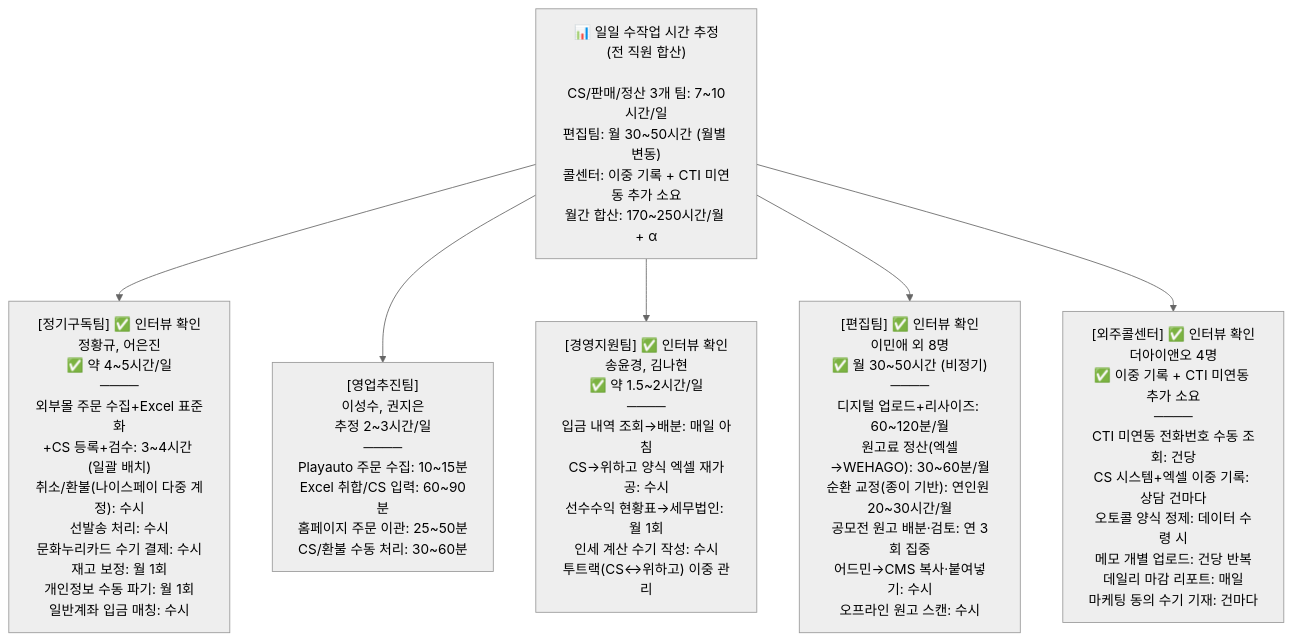
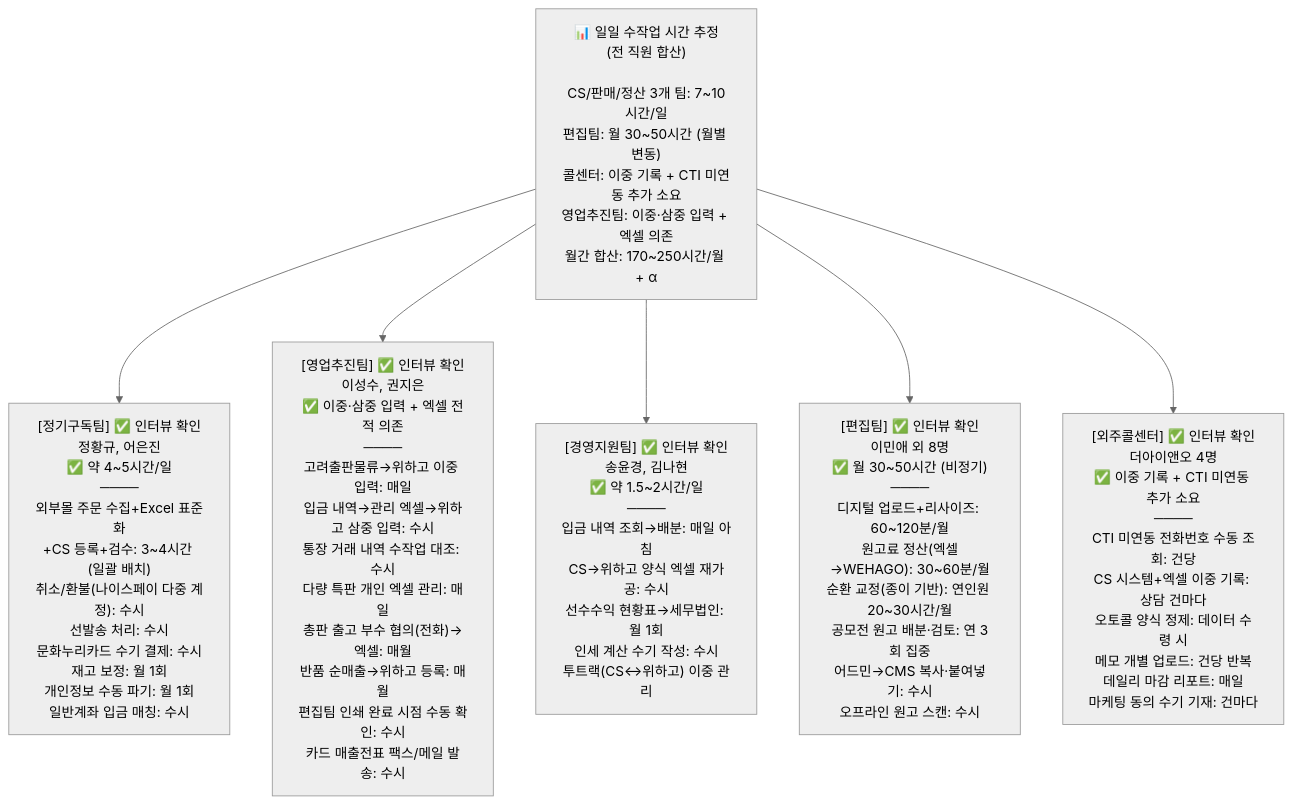
One commit to sknkwoxs/manual-book changed the tenth of 11 diagrams in src/content/docs/goodthinking-isp/02-analysis/business-analysis.md. Above: the diagram before and after it, drawn with Mermaid (neutral theme). The commit also changed other lines of this file and 5 other files, not shown here.

First line of the commit message:
docs(goodthinking-isp): 영업추진팀 인터뷰 결과 반영 — 6개 문서 업데이트

````diff
--- a/src/content/docs/goodthinking-isp/02-analysis/business-analysis.md
+++ b/src/content/docs/goodthinking-isp/02-analysis/business-analysis.md
@@ -333,20 +358,20 @@
 ```mermaid
 graph TD
-    root["📊 일일 수작업 시간 추정<br/>(전 직원 합산)<br/><br/>CS/판매/정산 3개 팀: 7~10시간/일<br/>편집팀: 월 30~50시간 (월별 변동)<br/>콜센터: 이중 기록 + CTI 미연동 추가 소요<br/>월간 합산: 170~250시간/월 + α"]
+    root["📊 일일 수작업 시간 추정<br/>(전 직원 합산)<br/><br/>CS/판매/정산 3개 팀: 7~10시간/일<br/>편집팀: 월 30~50시간 (월별 변동)<br/>콜센터: 이중 기록 + CTI 미연동 추가 소요<br/>영업추진팀: 이중·삼중 입력 + 엑셀 의존<br/>월간 합산: 170~250시간/월 + α"]
     
     team1["[정기구독팀] ✅ 인터뷰 확인<br/>정황규, 어은진<br/>✅ 약 4~5시간/일<br/>────<br/>외부몰 주문 수집+Excel 표준화<br/>+CS 등록+검수: 3~4시간 (일괄 배치)<br/>취소/환불(나이스페이 다중 계정): 수시<br/>선발송 처리: 수시<br/>문화누리카드 수기 결제: 수시<br/>재고 보정: 월 1회<br/>개인정보 수동 파기: 월 1회<br/>일반계좌 입금 매칭: 수시"]
     
-    team2["[영업추진팀]<br/>이성수, 권지은<br/>추정 2~3시간/일<br/>────<br/>Playauto 주문 수집: 10~15분<br/>Excel 취합/CS 입력: 60~90분<br/>홈페이지 주문 이관: 25~50분<br/>CS/환불 수동 처리: 30~60분"]
+    team2["[영업추진팀] ✅ 인터뷰 확인<br/>이성수, 권지은<br/>✅ 이중·삼중 입력 + 엑셀 전적 의존<br/>────<br/>고려출판물류→위하고 이중 입력: 매일<br/>입금 내역→관리 엑셀→위하고 삼중 입력: 수시<br/>통장 거래 내역 수작업 대조: 수시<br/>다량 특판 개인 엑셀 관리: 매일<br/>총판 출고 부수 협의(전화)→엑셀: 매월<br/>반품 순매출→위하고 등록: 매월<br/>편집팀 인쇄 완료 시점 수동 확인: 수시<br/>카드 매출전표 팩스/메일 발송: 수시"]
     
     team3["[경영지원팀] ✅ 인터뷰 확인<br/>송윤경, 김나현<br/>✅ 약 1.5~2시간/일<br/>────<br/>입금 내역 조회→배분: 매일 아침<br/>CS→위하고 양식 엑셀 재가공: 수시<br/>선수수익 현황표→세무법인: 월 1회<br/>인세 계산 수기 작성: 수시<br/>투트랙(CS↔위하고) 이중 관리"]
     
     team4["[편집팀] ✅ 인터뷰 확인<br/>이민애 외 8명<br/>✅ 월 30~50시간 (비정기)<br/>────<br/>디지털 업로드+리사이즈: 60~120분/월<br/>원고료 정산(엑셀→WEHAGO): 30~60분/월<br/>순환 교정(종이 기반): 연인원 20~30시간/월<br/>공모전 원고 배분·검토: 연 3회 집중<br/>어드민→CMS 복사·붙여넣기: 수시<br/>오프라인 원고 스캔: 수시"]
     
     team5["[외주콜센터] ✅ 인터뷰 확인<br/>더아이앤오 4명<br/>✅ 이중 기록 + CTI 미연동 추가 소요<br/>────<br/>CTI 미연동 전화번호 수동 조회: 건당<br/>CS 시스템+엑셀 이중 기록: 상담 건마다<br/>오토콜 양식 정제: 데이터 수령 시<br/>메모 개별 업로드: 건당 반복<br/>데일리 마감 리포트: 매일<br/>마케팅 동의 수기 기재: 건마다"]
     
     root --> team1
     root --> team2
     root --> team3
     root --> team4
     root --> team5
 ```
````
